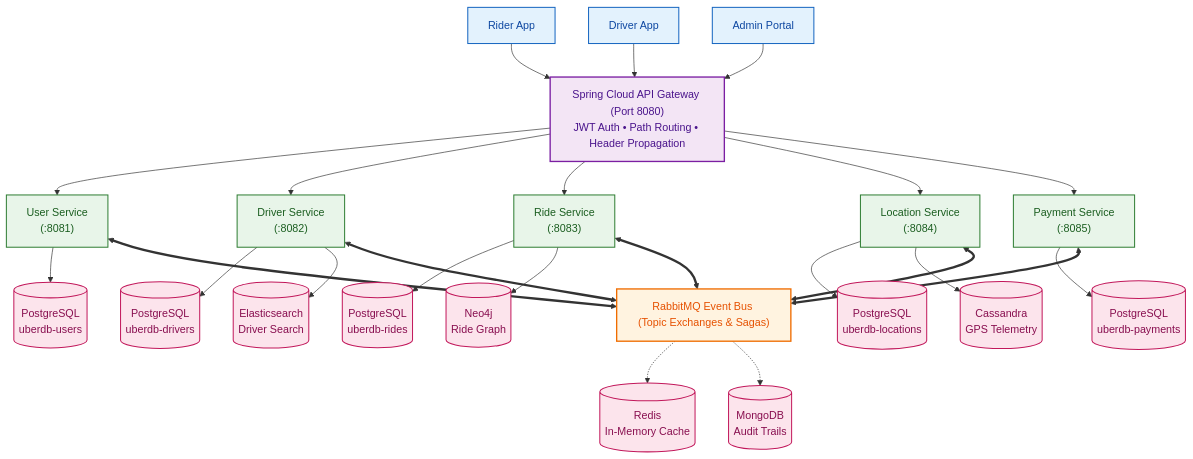
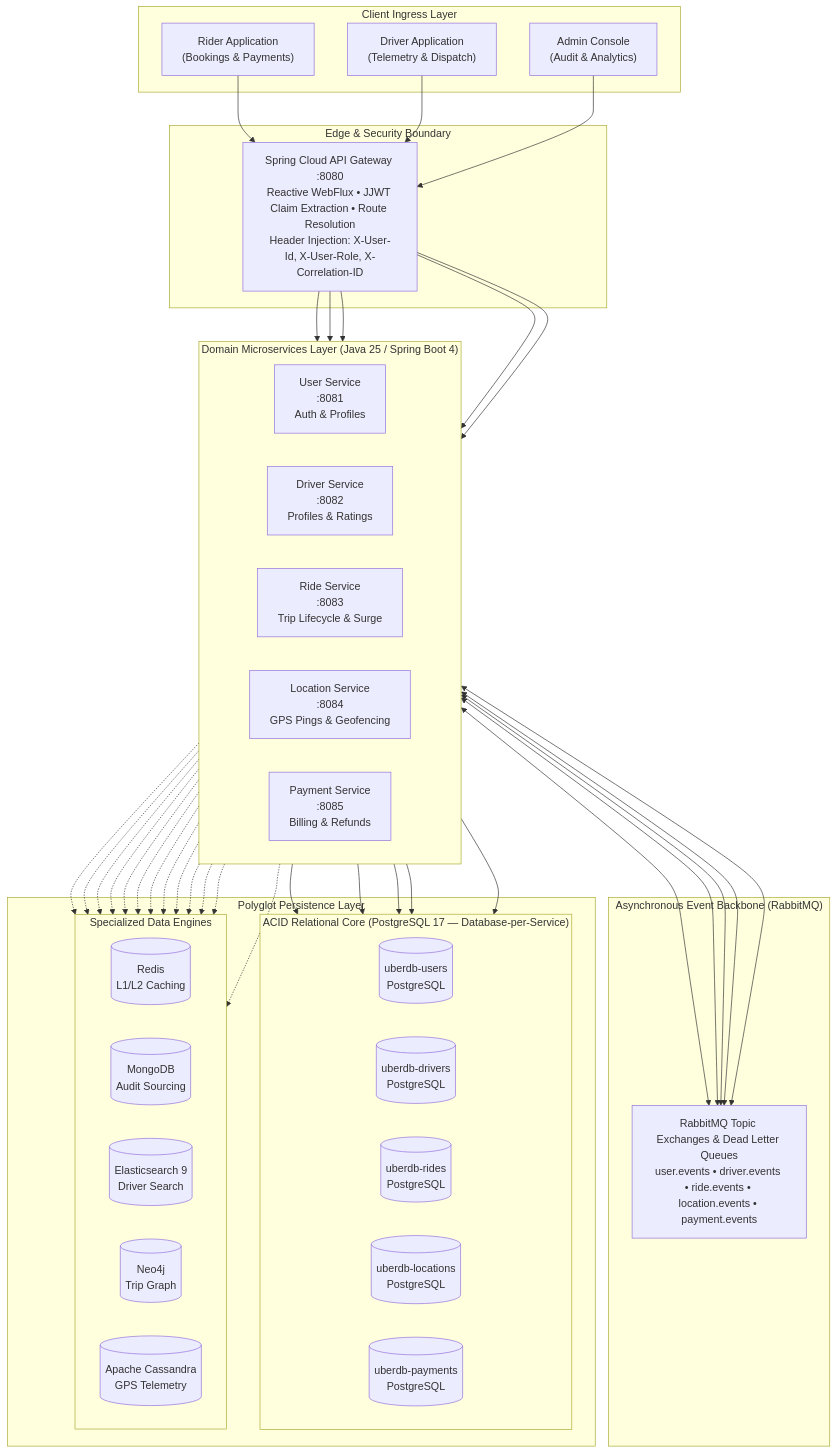
The first of 7 diagrams in README.md (Basyo2003/10-RandomUnion-Uber), drawn with Mermaid before and after one commit. The commit also changed other lines of this file, not shown here.

````diff
--- a/README.md
+++ b/README.md
@@ -28,53 +39,72 @@
 ```mermaid
 flowchart TD
-    classDef client fill:#e3f2fd,stroke:#1565c0,stroke-width:1.5px,color:#0d47a1;
-    classDef gateway fill:#f3e5f5,stroke:#7b1fa2,stroke-width:2px,color:#4a148c;
-    classDef service fill:#e8f5e9,stroke:#2e7d32,stroke-width:1.5px,color:#1b5e20;
-    classDef db fill:#fce4ec,stroke:#c2185b,stroke-width:1.5px,color:#880e4f;
-    classDef broker fill:#fff3e0,stroke:#ef6c00,stroke-width:2px,color:#e65100;
+    subgraph CLIENTS ["Client Ingress Layer"]
+        RiderApp["Rider Application<br/>(Bookings & Payments)"]
+        DriverApp["Driver Application<br/>(Telemetry & Dispatch)"]
+        AdminPortal["Admin Console<br/>(Audit & Analytics)"]
+    end
 
-    %% Clients
-    Rider["Rider App"]:::client
-    Driver["Driver App"]:::client
-    Admin["Admin Portal"]:::client
+    subgraph INGRESS ["Edge & Security Boundary"]
+        Gateway["Spring Cloud API Gateway :8080<br/>Reactive WebFlux • JJWT Claim Extraction • Route Resolution<br/>Header Injection: X-User-Id, X-User-Role, X-Correlation-ID"]
+    end
 
-    %% Gateway
-    Gateway["Spring Cloud API Gateway (Port 8080)<br/>JWT Auth • Path Routing • Header Propagation"]:::gateway
+    subgraph DOMAIN_SERVICES ["Domain Microservices Layer (Java 25 / Spring Boot 4)"]
+        direction LR
+        UserSvc["User Service<br/>:8081<br/>Auth & Profiles"]
+        DriverSvc["Driver Service<br/>:8082<br/>Profiles & Ratings"]
+        RideSvc["Ride Service<br/>:8083<br/>Trip Lifecycle & Surge"]
+        LocSvc["Location Service<br/>:8084<br/>GPS Pings & Geofencing"]
+        PaySvc["Payment Service<br/>:8085<br/>Billing & Refunds"]
+    end
 
-    %% Microservices
-    UserSvc["User Service<br/>(:8081)"]:::service
-    DriverSvc["Driver Service<br/>(:8082)"]:::service
-    RideSvc["Ride Service<br/>(:8083)"]:::service
-    LocSvc["Location Service<br/>(:8084)"]:::service
-    PaySvc["Payment Service<br/>(:8085)"]:::service
+    subgraph BROKER ["Asynchronous Event Backbone (RabbitMQ)"]
+        RabbitMQ["RabbitMQ Topic Exchanges & Dead Letter Queues<br/>user.events • driver.events • ride.events • location.events • payment.events"]
+    end
 
-    %% Databases (Database-per-Service + Polyglot)
-    UserDB[("PostgreSQL<br/>uberdb-users")]:::db
-    DriverDB[("PostgreSQL<br/>uberdb-drivers")]:::db
-    ES[("Elasticsearch<br/>Driver Search")]:::db
-    RideDB[("PostgreSQL<br/>uberdb-rides")]:::db
-    Neo4j[("Neo4j<br/>Ride Graph")]:::db
-    LocDB[("PostgreSQL<br/>uberdb-locations")]:::db
-    Cassandra[("Cassandra<br/>GPS Telemetry")]:::db
-    PayDB[("PostgreSQL<br/>uberdb-payments")]:::db
+    subgraph STORAGE_TIER ["Polyglot Persistence Layer"]
+        subgraph RELATIONAL ["ACID Relational Core (PostgreSQL 17 — Database-per-Service)"]
+            direction LR
+            UserDB[("uberdb-users<br/>PostgreSQL")]
+            DriverDB[("uberdb-drivers<br/>PostgreSQL")]
+            RideDB[("uberdb-rides<br/>PostgreSQL")]
+            LocDB[("uberdb-locations<br/>PostgreSQL")]
+            PayDB[("uberdb-payments<br/>PostgreSQL")]
+        end
 
-    %% Shared Messaging & Caching
-    Broker["RabbitMQ Event Bus (Topic Exchanges & Sagas)"]:::broker
-    Redis[("Redis<br/>In-Memory Cache")]:::db
-    Mongo[("MongoDB<br/>Audit Trails")]:::db
+        subgraph SPECIALIZED ["Specialized Data Engines"]
+            direction LR
+            RedisDB[("Redis<br/>L1/L2 Caching")]
+            MongoDB[("MongoDB<br/>Audit Sourcing")]
+            ESDB[("Elasticsearch 9<br/>Driver Search")]
+            Neo4jDB[("Neo4j<br/>Trip Graph")]
+            CassandraDB[("Apache Cassandra<br/>GPS Telemetry")]
+        end
+    end
 
-    %% Ingress Flow
-    Rider & Driver & Admin --> Gateway
-    Gateway --> UserSvc & DriverSvc & RideSvc & LocSvc & PaySvc
+    %% Client to Ingress
+    RiderApp & DriverApp & AdminPortal --> Gateway
 
-    %% Service to Dedicated Database Mappings
+    %% Gateway to Services
+    Gateway --> UserSvc
+    Gateway --> DriverSvc
+    Gateway --> RideSvc
+    Gateway --> LocSvc
+    Gateway --> PaySvc
+
+    %% Service to Isolated Database
     UserSvc --> UserDB
-    DriverSvc --> DriverDB & ES
-    RideSvc --> RideDB & Neo4j
-    LocSvc --> LocDB & Cassandra
+    DriverSvc --> DriverDB
+    RideSvc --> RideDB
+    LocSvc --> LocDB
     PaySvc --> PayDB
 
-    %% Event Bus Integration
-    UserSvc & DriverSvc & RideSvc & LocSvc & PaySvc <==> Broker
-    Broker -.-> Redis & Mongo
+    %% Inter-Service Communication
+    UserSvc & DriverSvc & RideSvc & LocSvc & PaySvc <--> RabbitMQ
+
+    %% Specialized persistence links
+    DriverSvc -.-> ESDB
+    RideSvc -.-> Neo4jDB
+    LocSvc -.-> CassandraDB
+    UserSvc & DriverSvc & RideSvc & LocSvc & PaySvc -.-> RedisDB
+    UserSvc & DriverSvc & RideSvc & LocSvc & PaySvc -.-> MongoDB
 ```
````
